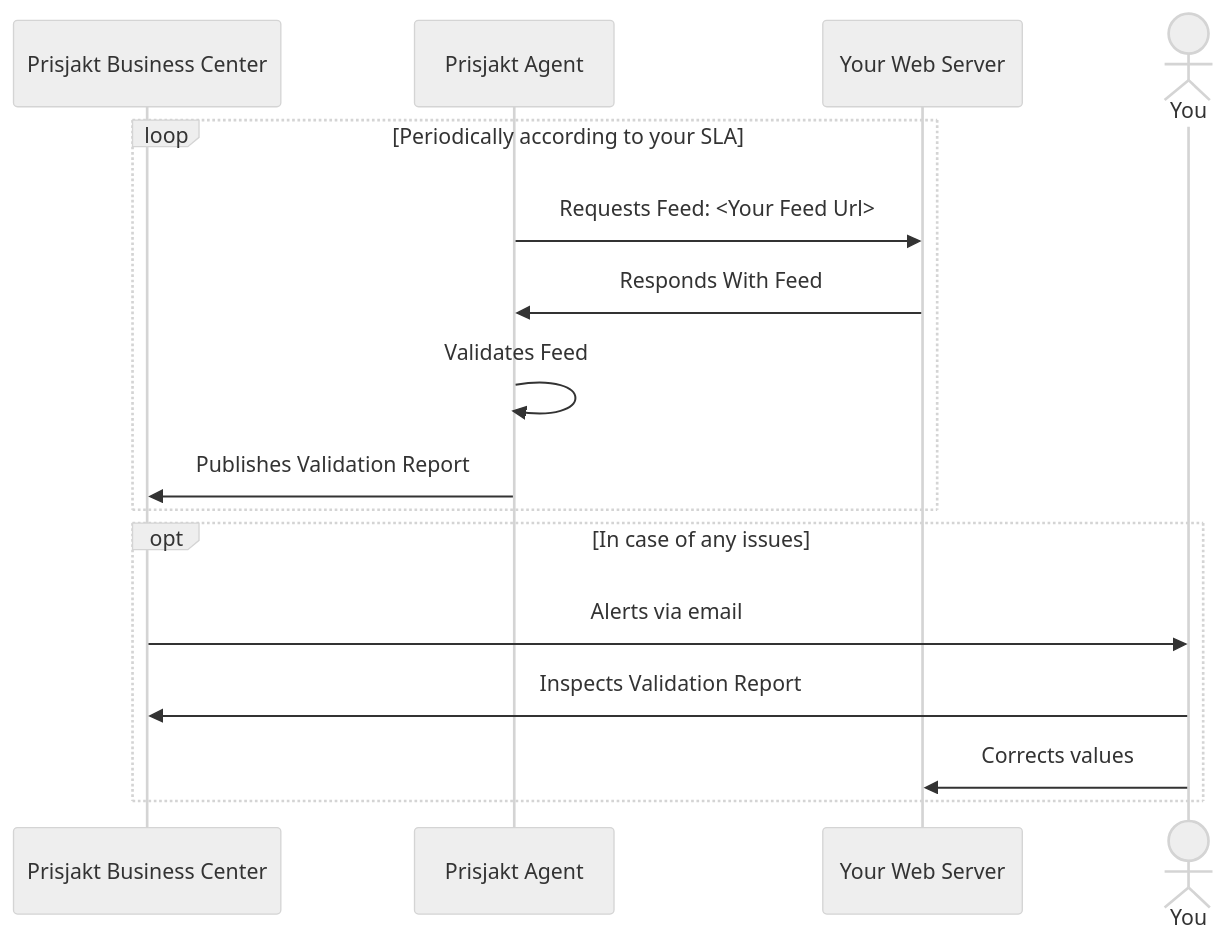
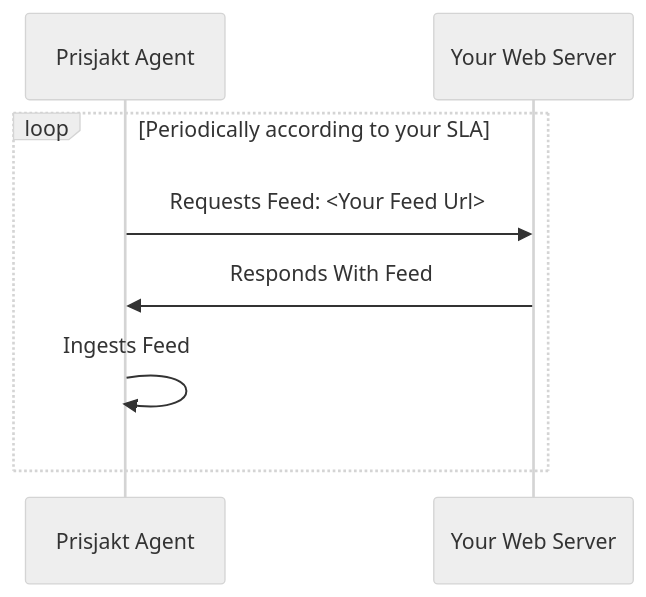
One commit to Prisjakt/feed-specification changed the first of 2 diagrams in docs/overview/methods-of-delivery.md. Above: the diagram before and after it, drawn with Mermaid. The commit also changed other lines of this file, not shown here.

Commit message:
feat: Add sequence diagram for delta feed flow

````diff
--- a/docs/overview/methods-of-delivery.md
+++ b/docs/overview/methods-of-delivery.md
@@ -19,21 +34,12 @@
 ```mermaid
 %%{init: {'theme':'neutral'}}%%
 sequenceDiagram
-    participant BC as Prisjakt Business Center
     participant A as Prisjakt Agent
     participant F as Your Web Server
-    actor Y as You
 
     loop Periodically according to your SLA
         A->>F: Requests Feed: <Your Feed Url>
         F->>A: Responds With Feed
-        A->>A: Validates Feed
-        A->>BC: Publishes Validation Report
+        A->>A: Ingests Feed
     end
-
-    opt In case of any issues
-        BC->>Y: Alerts via email
-        Y->>BC: Inspects Validation Report
-        Y->>F: Corrects values
-    end    
 ```
````
